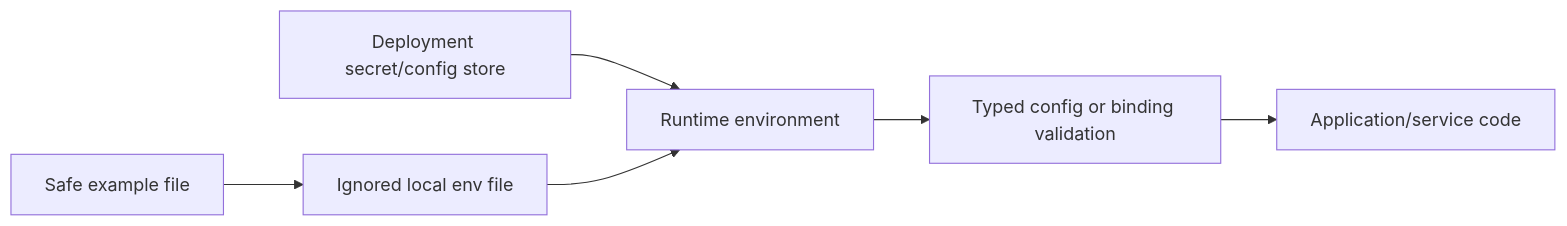
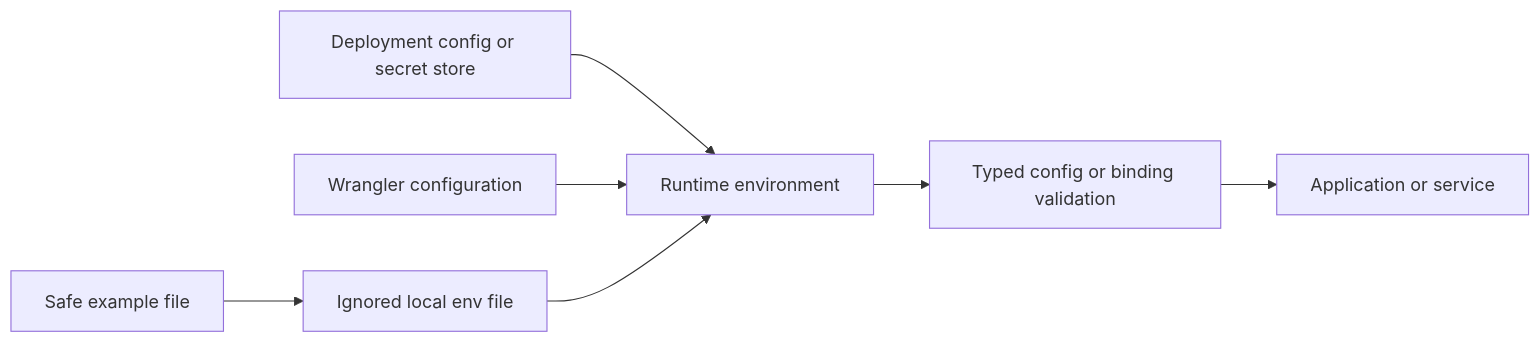
Before and after one commit to shamilaw-sci/CSC3213_20_Group_B: the diagram in docs/ENVIRONMENT_VARIABLES.md, drawn with Mermaid. The commit also changed other lines of this file and 9 other files, not shown here.

````diff
--- a/docs/ENVIRONMENT_VARIABLES.md
+++ b/docs/ENVIRONMENT_VARIABLES.md
@@ -8,8 +9,9 @@
 ```mermaid
 flowchart LR
   Template[Safe example file] --> Local[Ignored local env file]
-  Provider[Deployment secret/config store] --> Runtime[Runtime environment]
+  Provider[Deployment config or secret store] --> Runtime[Runtime environment]
+  Wrangler[Wrangler configuration] --> Runtime
   Local --> Runtime
   Runtime --> Validator[Typed config or binding validation]
-  Validator --> App[Application/service code]
+  Validator --> App[Application or service]
 ```
````
